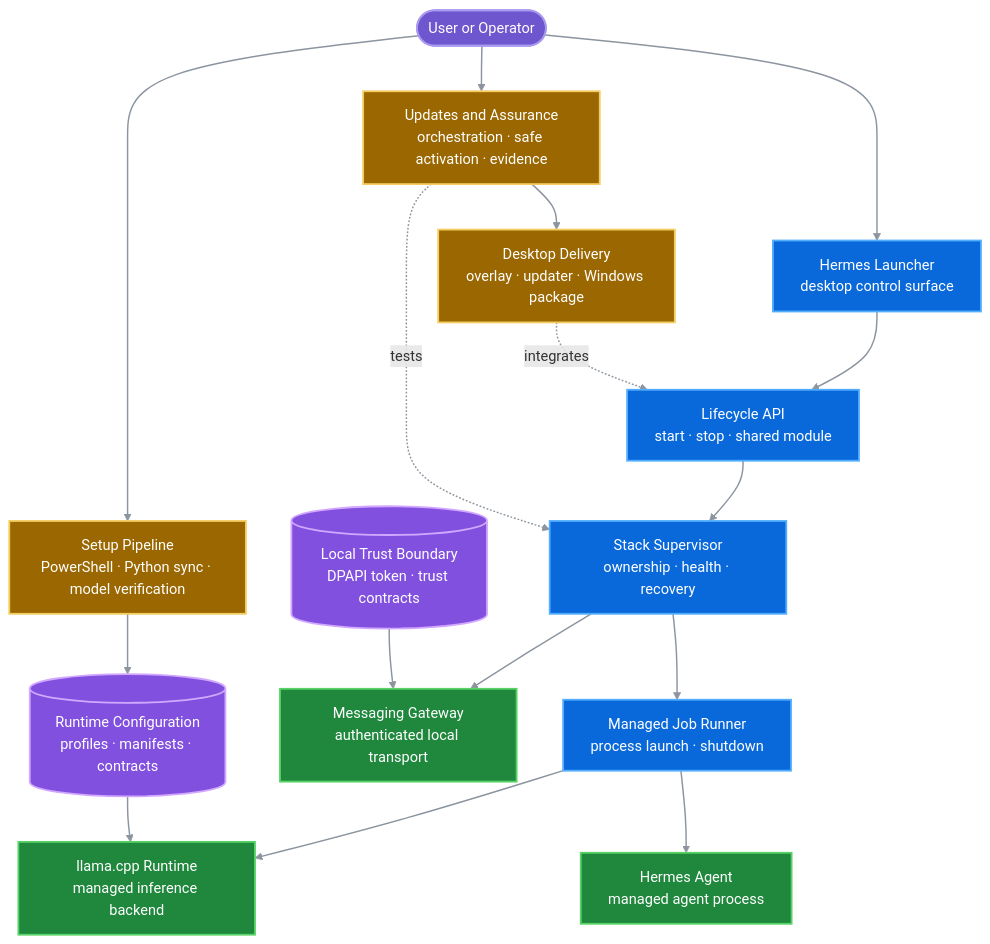
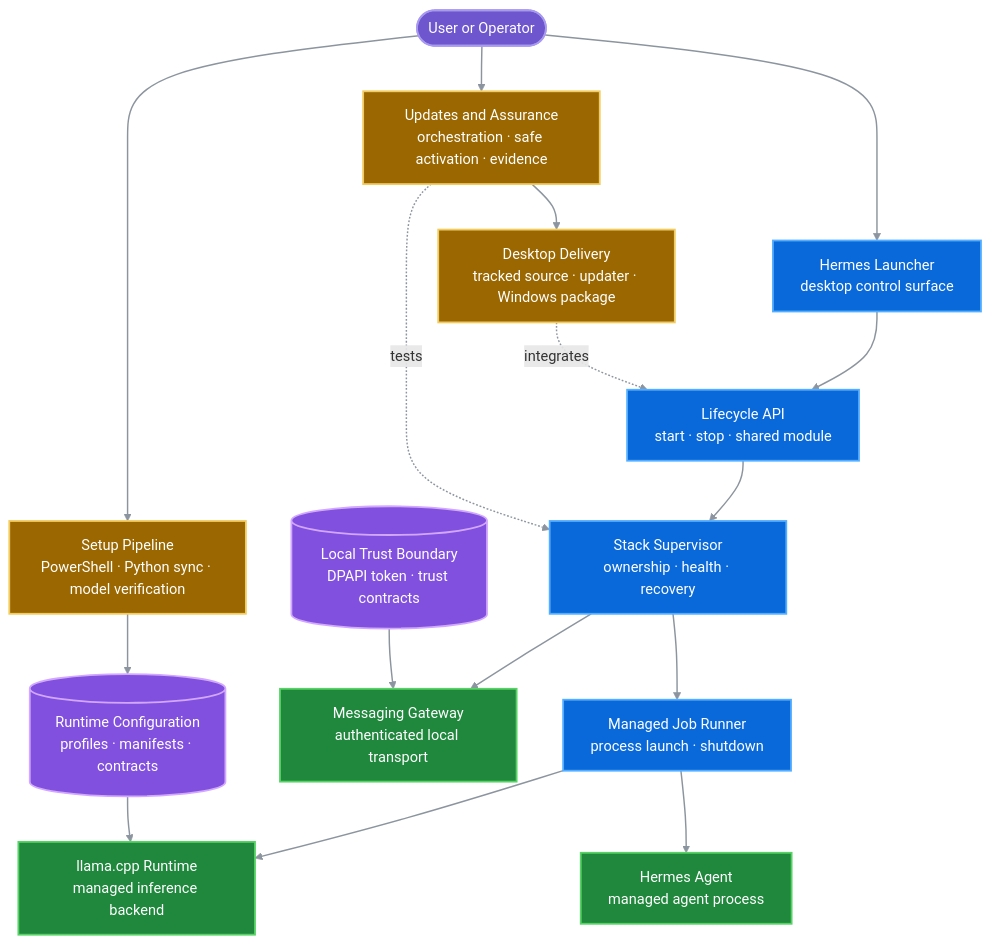
Before and after one commit to xdCloudy/Hermes-Local: the diagram in README.md, drawn with Mermaid. The commit also changed other lines of this file and 1736 other files, not shown here.

````diff
--- a/README.md
+++ b/README.md
@@ -150,51 +150,51 @@
 ```mermaid
 flowchart TB
     Operator([User or Operator])
 
     Operator --> Launcher["Hermes Launcher<br/>desktop control surface"]
     Operator --> Setup["Setup Pipeline<br/>PowerShell · Python sync · model verification"]
     Operator --> Assurance["Updates and Assurance<br/>orchestration · safe activation · evidence"]
 
     Launcher --> Lifecycle["Lifecycle API<br/>start · stop · shared module"]
     Lifecycle --> Supervisor["Stack Supervisor<br/>ownership · health · recovery"]
     Supervisor --> Job["Managed Job Runner<br/>process launch · shutdown"]
 
     Job --> Runtime["llama.cpp Runtime<br/>managed inference backend"]
     Job --> Agent["Hermes Agent<br/>managed agent process"]
     Supervisor --> Gateway["Messaging Gateway<br/>authenticated local transport"]
 
     Setup --> Config[("Runtime Configuration<br/>profiles · manifests · contracts")]
     Config --> Runtime
 
     Security[("Local Trust Boundary<br/>DPAPI token · trust contracts")]
     Security --> Gateway
 
-    Assurance --> Delivery["Desktop Delivery<br/>overlay · updater · Windows package"]
+    Assurance --> Delivery["Desktop Delivery<br/>tracked source · updater · Windows package"]
     Delivery -.->|"integrates"| Lifecycle
     Assurance -.->|"tests"| Supervisor
 
     classDef user fill:#6e56cf,stroke:#a99af0,color:#ffffff,stroke-width:2px;
     classDef control fill:#0969da,stroke:#54aeff,color:#ffffff,stroke-width:2px;
     classDef engine fill:#1f883d,stroke:#56d364,color:#ffffff,stroke-width:2px;
     classDef data fill:#8250df,stroke:#d2a8ff,color:#ffffff,stroke-width:2px;
     classDef assurance fill:#9a6700,stroke:#f2cc60,color:#ffffff,stroke-width:2px;
 
     class Operator user;
     class Launcher,Lifecycle,Supervisor,Job control;
     class Runtime,Agent,Gateway engine;
     class Config,Security data;
     class Setup,Assurance,Delivery assurance;
 
     linkStyle default stroke:#8c959f,stroke-width:1.6px;
 
     click Setup "https://github.com/xdcloudy/hermes-local/blob/main/Setup-Hermes-Local.ps1"
     click Launcher "https://github.com/xdcloudy/hermes-local/blob/main/Build-Hermes-Launcher.ps1"
     click Lifecycle "https://github.com/xdcloudy/hermes-local/blob/main/scripts/Common-Hermes.psm1"
     click Supervisor "https://github.com/xdcloudy/hermes-local/blob/main/scripts/supervisor/Hermes-Supervisor.ps1"
     click Job "https://github.com/xdcloudy/hermes-local/blob/main/scripts/supervisor/Hermes-Job.ps1"
     click Config "https://github.com/xdcloudy/hermes-local/blob/main/config/profiles/profiles.json"
     click Gateway "https://github.com/xdcloudy/hermes-local/blob/main/scripts/Hermes-Gateway.psm1"
     click Security "https://github.com/xdcloudy/hermes-local/blob/main/config/schemas/trust-contracts.schema.json"
     click Assurance "https://github.com/xdcloudy/hermes-local/blob/main/scripts/Hermes-UpdateOrchestrator.psm1"
-    click Delivery "https://github.com/xdcloudy/hermes-local/blob/main/Apply-Hermes-LauncherOverlay.ps1"
+    click Delivery "https://github.com/xdcloudy/hermes-local/tree/main/apps/desktop"
 ```
````
